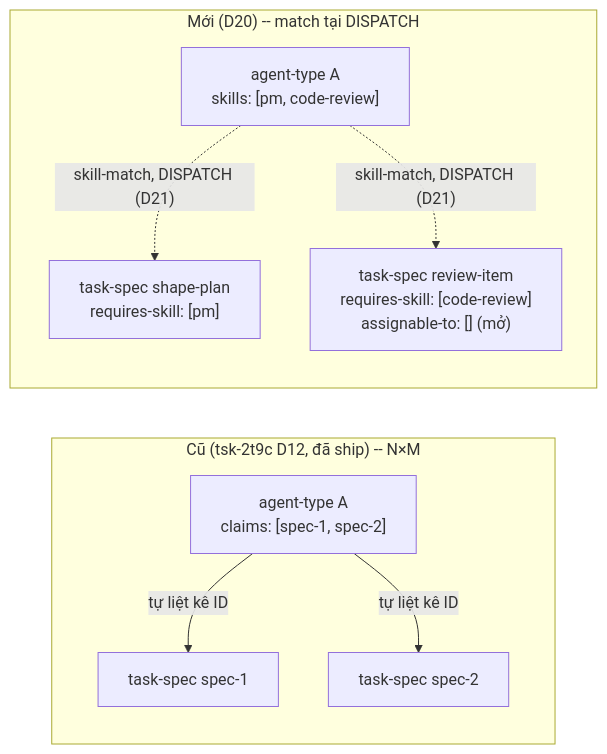
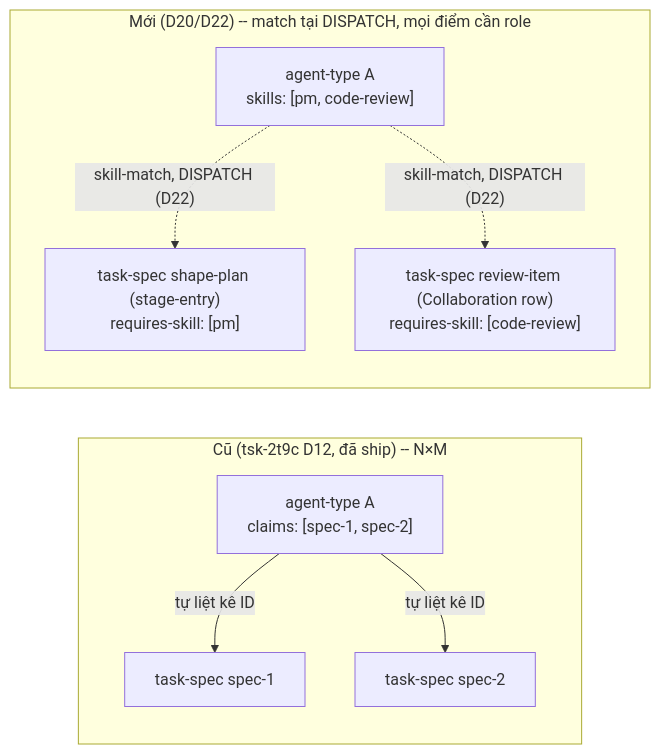
The third of 3 diagrams in docs/history/core-foundation-domain-boundary/DISCUSSION.md (vantt/forgent), drawn with Mermaid before and after one commit. The commit also changed other lines of this file, not shown here.

Commit message:
docs(tsk-397): lock D22 -- unify stage-entry + collaboration-row dispatch under one eligibility mechanism, resequence §6 DISPATCH/ROUTING/DRIVING diagram

````diff
--- a/docs/history/core-foundation-domain-boundary/DISCUSSION.md
+++ b/docs/history/core-foundation-domain-boundary/DISCUSSION.md
@@ -800,19 +863,19 @@
 ```mermaid
 flowchart LR
     subgraph OLD["Cũ (tsk-2t9c D12, đã ship) -- N×M"]
         direction TB
         at_old["agent-type A<br/>claims: [spec-1, spec-2]"]
         ts_old1["task-spec spec-1"]
         ts_old2["task-spec spec-2"]
         at_old -->|"tự liệt kê ID"| ts_old1
         at_old -->|"tự liệt kê ID"| ts_old2
     end
-    subgraph NEW["Mới (D20) -- match tại DISPATCH"]
+    subgraph NEW["Mới (D20/D22) -- match tại DISPATCH, mọi điểm cần role"]
         direction TB
         at_new["agent-type A<br/>skills: [pm, code-review]"]
-        ts_new1["task-spec shape-plan<br/>requires-skill: [pm]"]
-        ts_new2["task-spec review-item<br/>requires-skill: [code-review]<br/>assignable-to: [] (mở)"]
-        at_new -.->|"skill-match, DISPATCH (D21)"| ts_new1
-        at_new -.->|"skill-match, DISPATCH (D21)"| ts_new2
+        ts_new1["task-spec shape-plan (stage-entry)<br/>requires-skill: [pm]"]
+        ts_new2["task-spec review-item (Collaboration row)<br/>requires-skill: [code-review]"]
+        at_new -.->|"skill-match, DISPATCH (D22)"| ts_new1
+        at_new -.->|"skill-match, DISPATCH (D22)"| ts_new2
     end
 ```
````
